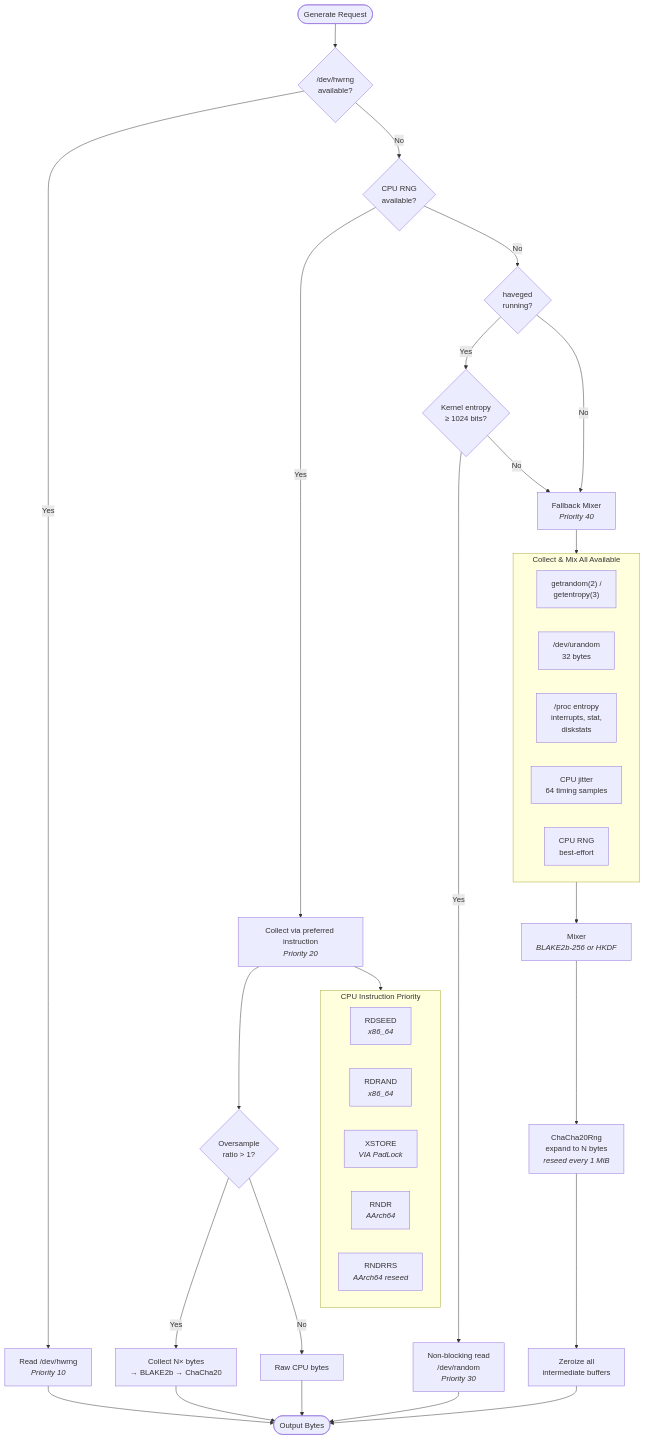
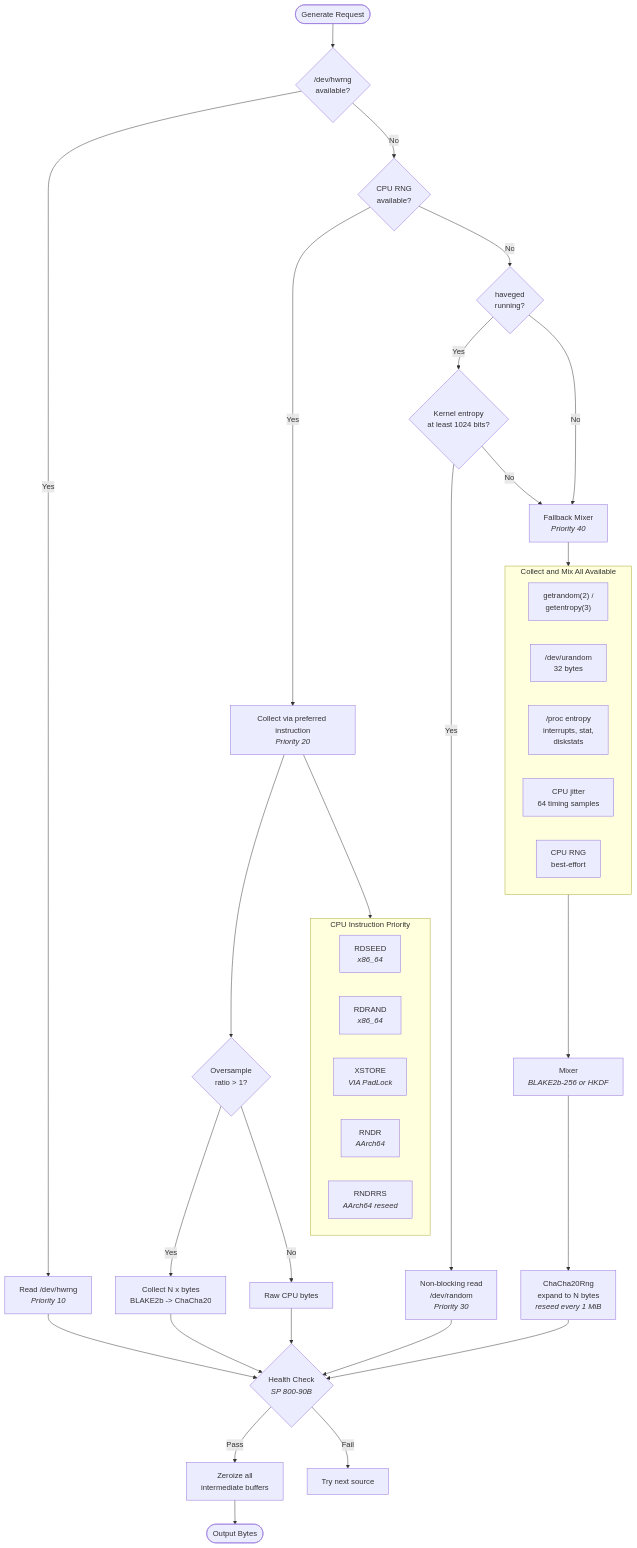
One commit to sonoransun/entropy-svc changed the second of 8 diagrams in README.md. Above: the diagram before and after it, drawn with Mermaid. The commit also changed other lines of this file and 16 other files, not shown here.

````diff
--- a/README.md
+++ b/README.md
@@ -57,49 +105,53 @@
 ```mermaid
 flowchart TD
     Start([Generate Request]) --> HW{"/dev/hwrng<br/>available?"}
 
     HW -- Yes --> HWOut["Read /dev/hwrng<br/><i>Priority 10</i>"]
     HW -- No --> CPU{"CPU RNG<br/>available?"}
 
     CPU -- Yes --> CPUCollect["Collect via preferred instruction<br/><i>Priority 20</i>"]
 
     subgraph CPUInstructions["CPU Instruction Priority"]
         direction LR
         RS["RDSEED<br/><i>x86_64</i>"]
         RR["RDRAND<br/><i>x86_64</i>"]
         XS["XSTORE<br/><i>VIA PadLock</i>"]
         RN["RNDR<br/><i>AArch64</i>"]
         RNR["RNDRRS<br/><i>AArch64 reseed</i>"]
     end
 
     CPUCollect --> CPUInstructions
     CPUCollect --> Oversample{"Oversample<br/>ratio > 1?"}
-    Oversample -- Yes --> CPUMix["Collect N× bytes<br/>→ BLAKE2b → ChaCha20"]
+    Oversample -- Yes --> CPUMix["Collect N x bytes<br/>BLAKE2b -> ChaCha20"]
     Oversample -- No --> CPURaw["Raw CPU bytes"]
     CPU -- No --> HAV{"haveged<br/>running?"}
 
-    HAV -- Yes --> HAVCheck{"Kernel entropy<br/>≥ 1024 bits?"}
+    HAV -- Yes --> HAVCheck{"Kernel entropy<br/>at least 1024 bits?"}
     HAVCheck -- Yes --> HAVRead["Non-blocking read<br/>/dev/random<br/><i>Priority 30</i>"]
     HAVCheck -- No --> FB
     HAV -- No --> FB
 
     FB["Fallback Mixer<br/><i>Priority 40</i>"] --> FBSources
-    subgraph FBSources["Collect & Mix All Available"]
+    subgraph FBSources["Collect and Mix All Available"]
         direction LR
         GR["getrandom(2) /<br/>getentropy(3)"]
         U["/dev/urandom<br/>32 bytes"]
         P["/proc entropy<br/>interrupts, stat,<br/>diskstats"]
         J["CPU jitter<br/>64 timing samples"]
         CR["CPU RNG<br/>best-effort"]
     end
 
     FBSources --> Mix["Mixer<br/><i>BLAKE2b-256 or HKDF</i>"]
+
+    HWOut --> Health
+    CPUMix --> Health
+    CPURaw --> Health
+    HAVRead --> Health
     Mix --> CSPRNG["ChaCha20Rng<br/>expand to N bytes<br/><i>reseed every 1 MiB</i>"]
-    CSPRNG --> Zero["Zeroize all<br/>intermediate buffers"]
+    CSPRNG --> Health
 
-    HWOut --> Output
-    CPUMix --> Output
-    CPURaw --> Output
-    HAVRead --> Output
+    Health{"Health Check<br/><i>SP 800-90B</i>"}
+    Health -- Pass --> Zero["Zeroize all<br/>intermediate buffers"]
+    Health -- Fail --> Next["Try next source"]
     Zero --> Output([Output Bytes])
 ```
````
